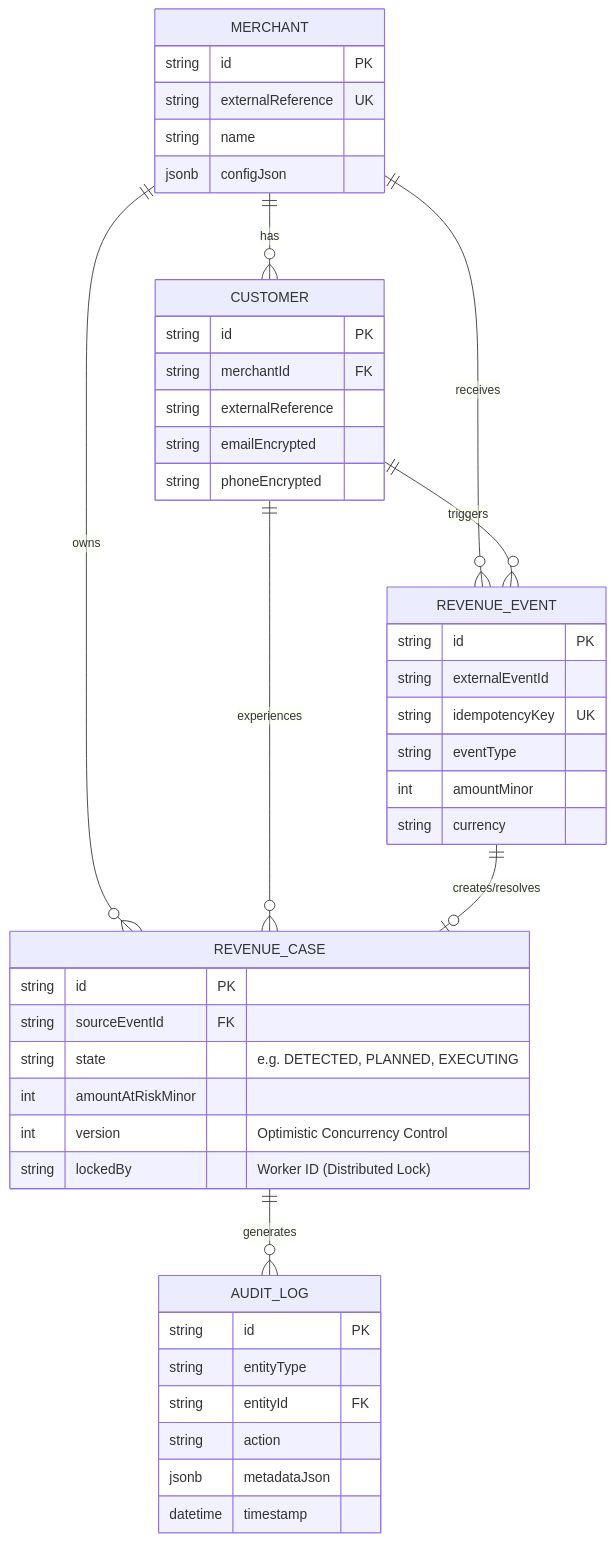
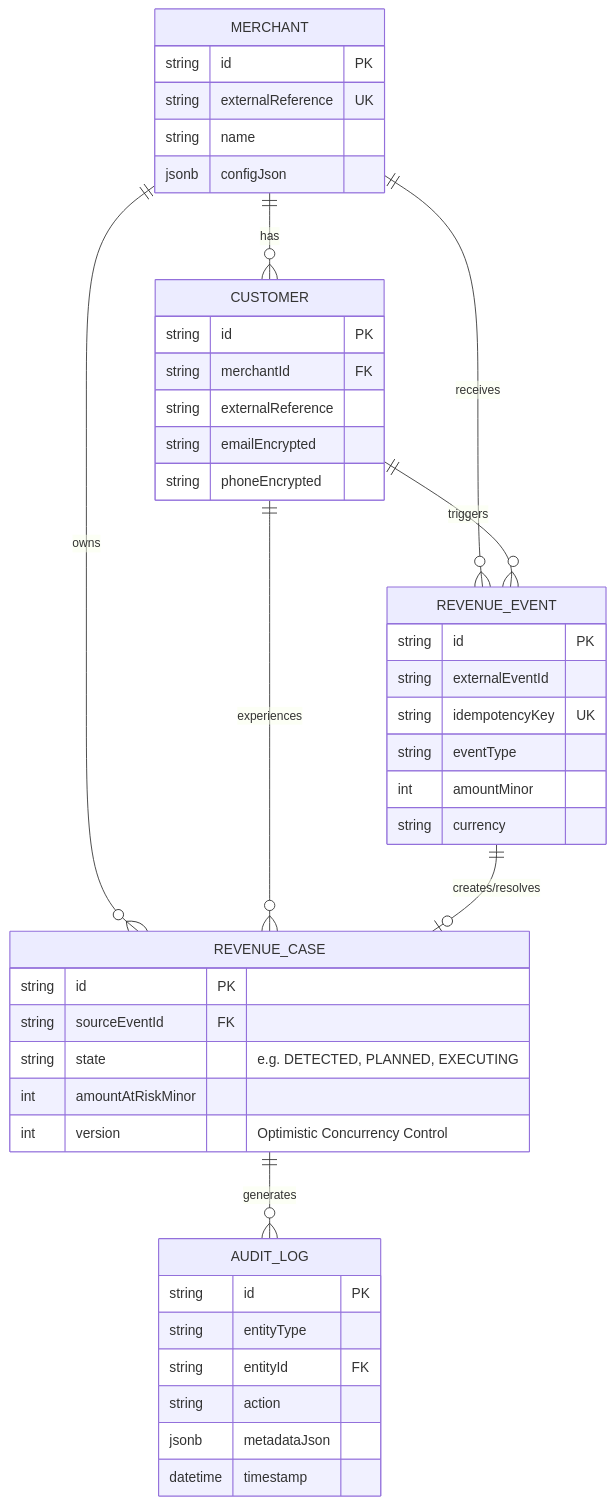
Before and after one commit to Surya-5555/FinTech-AI-05: the second of 6 diagrams in README.md, drawn with Mermaid. The commit also changed other lines of this file and 65 other files, not shown here.

Commit message:
docs: finalized the architecture and acknowledgements

````diff
--- a/README.md
+++ b/README.md
@@ -136,52 +140,51 @@
 ```mermaid
 erDiagram
     MERCHANT ||--o{ CUSTOMER : "has"
     MERCHANT ||--o{ REVENUE_CASE : "owns"
     MERCHANT ||--o{ REVENUE_EVENT : "receives"
     CUSTOMER ||--o{ REVENUE_CASE : "experiences"
     CUSTOMER ||--o{ REVENUE_EVENT : "triggers"
     REVENUE_EVENT ||--o| REVENUE_CASE : "creates/resolves"
     REVENUE_CASE ||--o{ AUDIT_LOG : "generates"
     
     MERCHANT {
         string id PK
         string externalReference UK
         string name
         jsonb configJson
     }
     
     CUSTOMER {
         string id PK
         string merchantId FK
         string externalReference
         string emailEncrypted
         string phoneEncrypted
     }
     
     REVENUE_EVENT {
         string id PK
         string externalEventId
         string idempotencyKey UK
         string eventType
         int amountMinor
         string currency
     }
     
     REVENUE_CASE {
         string id PK
         string sourceEventId FK
         string state "e.g. DETECTED, PLANNED, EXECUTING"
         int amountAtRiskMinor
         int version "Optimistic Concurrency Control"
-        string lockedBy "Worker ID (Distributed Lock)"
     }
     
     AUDIT_LOG {
         string id PK
         string entityType
         string entityId FK
         string action
         jsonb metadataJson
         datetime timestamp
     }
 ```
````
